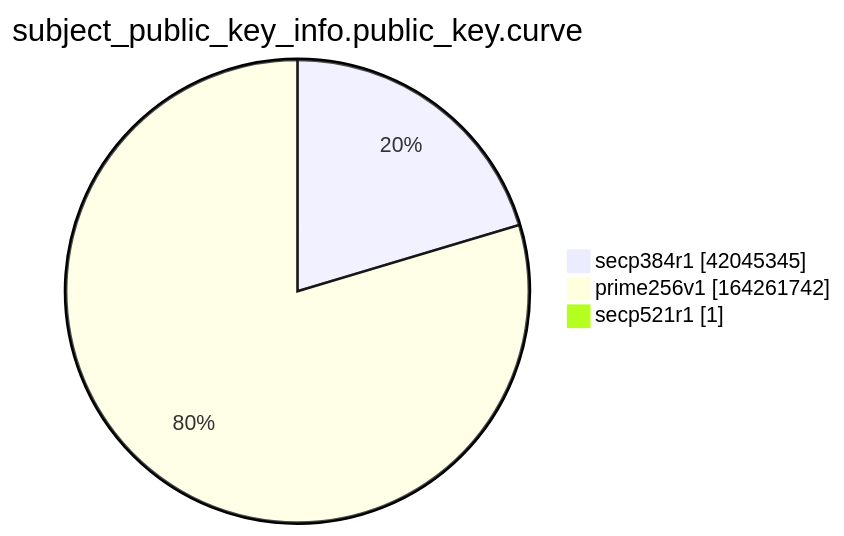
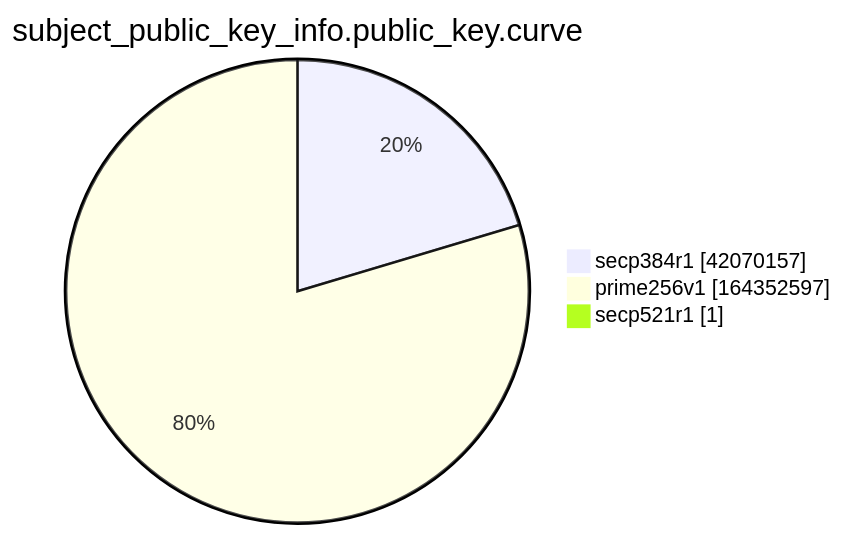
One commit to christiankrug/ctmonitor_visualization changed the ninth of 15 diagrams in xenon2022/README.md. Above: the diagram before and after it, drawn with Mermaid. The commit also changed other lines of this file, not shown here.

````diff
--- a/xenon2022/README.md
+++ b/xenon2022/README.md
@@ -2869,7 +2869,7 @@
 ```mermaid
 pie showData
 title subject_public_key_info.public_key.curve
-"secp384r1" :42045345
-"prime256v1" :164261742
+"secp384r1" :42070157
+"prime256v1" :164352597
 "secp521r1" :1
 ```
````
